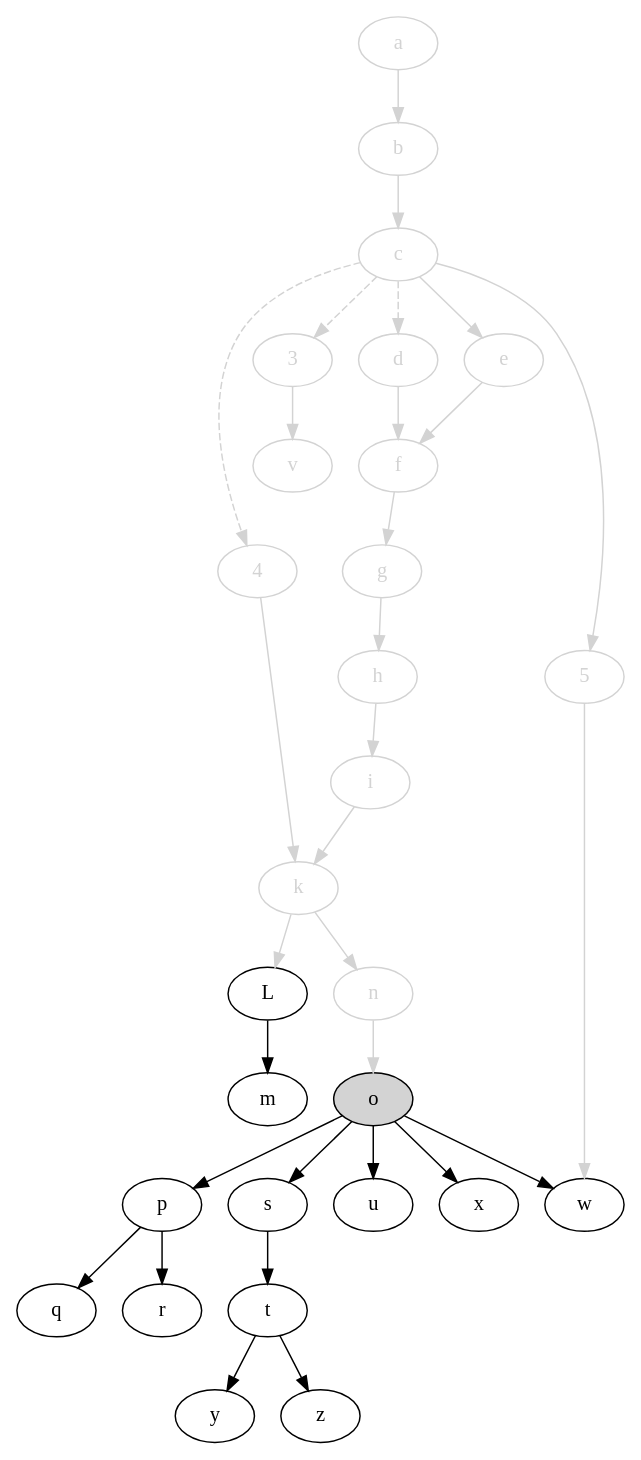
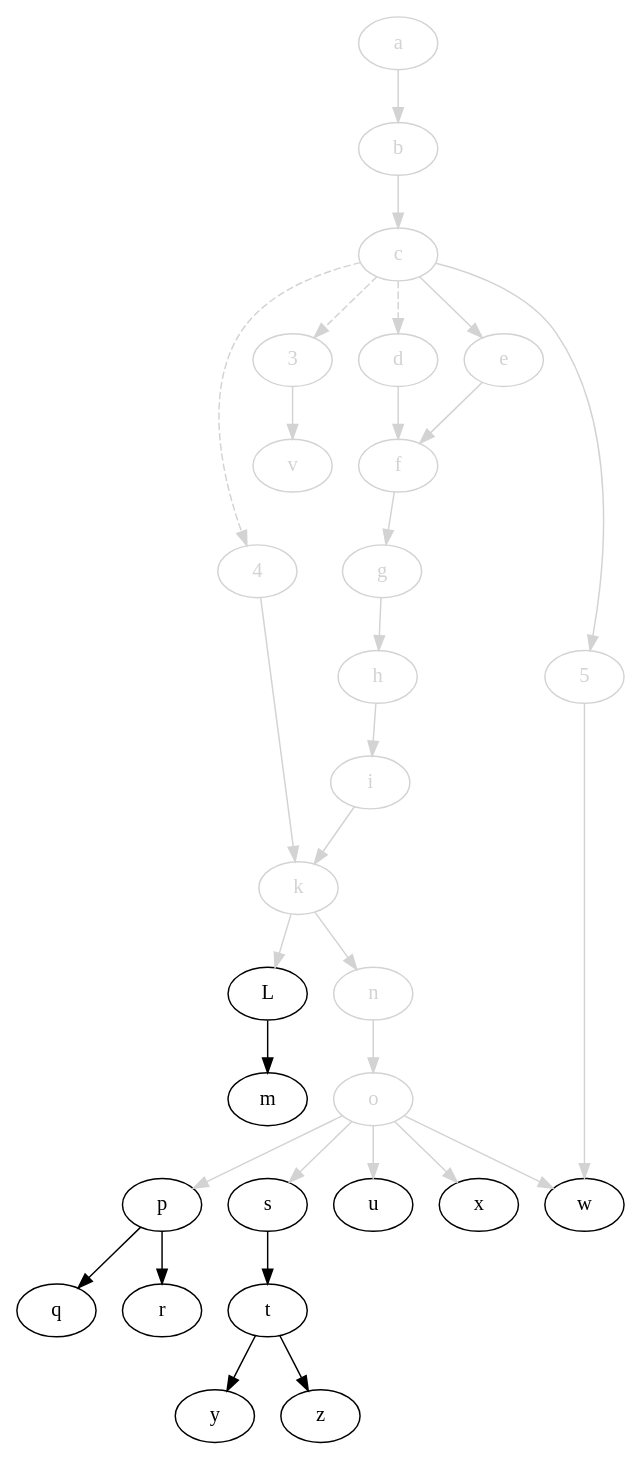
The diagram in svm-startup-deps.dot (jdmpapin/svm-startup-deps), drawn with Graphviz before and after one commit. The commit also changed 1 other file, not shown here.

```diff
--- a/svm-startup-deps.dot
+++ b/svm-startup-deps.dot
@@ -1,61 +1,61 @@
 digraph {
     4 [color=lightgrey,fontcolor=lightgrey];
     3 [color=lightgrey,fontcolor=lightgrey];
     a [color=lightgrey,fontcolor=lightgrey];
     b [color=lightgrey,fontcolor=lightgrey];
     c [color=lightgrey,fontcolor=lightgrey];
     d [color=lightgrey,fontcolor=lightgrey];
     e [color=lightgrey,fontcolor=lightgrey];
     f [color=lightgrey,fontcolor=lightgrey];
     g [color=lightgrey,fontcolor=lightgrey];
     h [color=lightgrey,fontcolor=lightgrey];
     i [color=lightgrey,fontcolor=lightgrey];
     k [color=lightgrey,fontcolor=lightgrey];
     L;
     m;
     5 [color=lightgrey,fontcolor=lightgrey];
     n [color=lightgrey,fontcolor=lightgrey];
-    o [style=filled,fillcolor=lightgrey];
+    o [color=lightgrey,fontcolor=lightgrey];
     p;
     q;
     r;
     s;
     t;
     u;
     v [color=lightgrey,fontcolor=lightgrey];
     w;
     x;
     y;
     z;
 
     4 -> k [color=lightgrey];
     c -> 4 [style=dashed,color=lightgrey];
     c -> 3 [style=dashed,color=lightgrey];
     c -> d [style=dashed,color=lightgrey];
     3 -> v [color=lightgrey];
     a -> b [color=lightgrey];
     b -> c [color=lightgrey];
     c -> e [color=lightgrey];
     c -> 5 [color=lightgrey];
     d -> f [color=lightgrey];
     e -> f [color=lightgrey];
     f -> g [color=lightgrey];
     g -> h [color=lightgrey];
     h -> i [color=lightgrey];
     i -> k [color=lightgrey];
     k -> L [color=lightgrey];
     L -> m;
     k -> n [color=lightgrey];
     n -> o [color=lightgrey];
-    o -> p;
+    o -> p [color=lightgrey];
     p -> q;
     p -> r;
-    o -> s;
+    o -> s [color=lightgrey];
     s -> t;
-    o -> u;
+    o -> u [color=lightgrey];
     5 -> w [color=lightgrey];
-    o -> w;
-    o -> x;
+    o -> w [color=lightgrey];
+    o -> x [color=lightgrey];
     t -> y;
     t -> z;
 }
```
